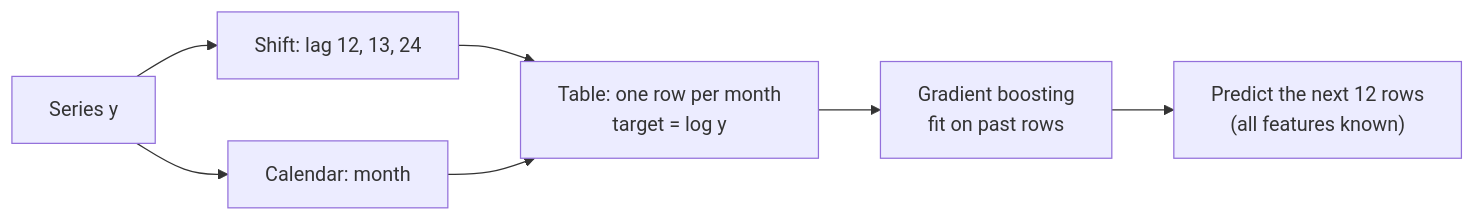
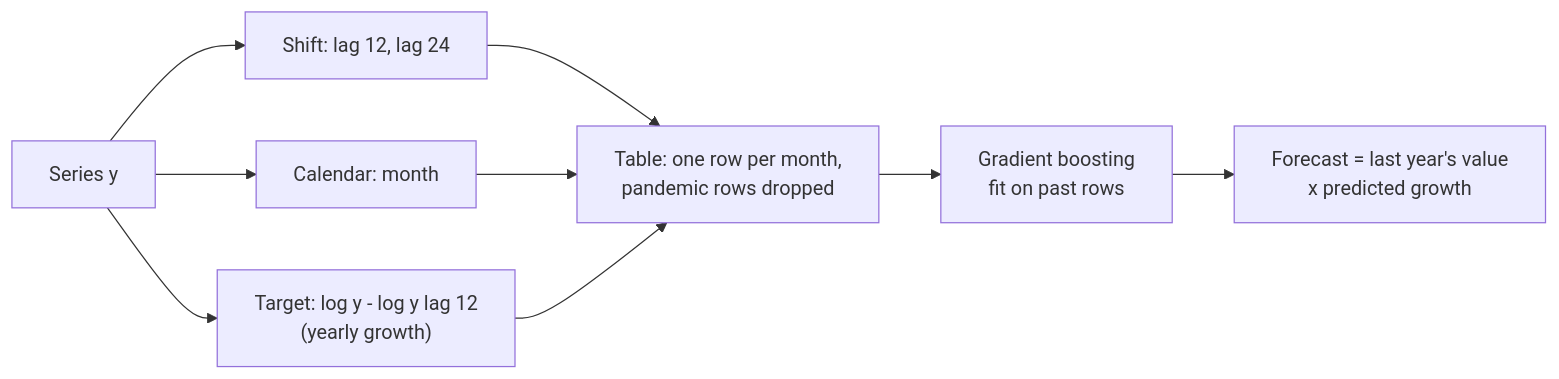
One commit to khoadaniel/statistical-programming-mpmd-htw-ws-2026 changed the first of 3 diagrams in sessions/12-time-series/theory/03-lag-features-and-backtesting.md. Above: the diagram before and after it, drawn with Mermaid. The commit also changed other lines of this file and 106 other files, not shown here.

````diff
--- a/sessions/12-time-series/theory/03-lag-features-and-backtesting.md
+++ b/sessions/12-time-series/theory/03-lag-features-and-backtesting.md
@@ -38,9 +44,11 @@
 ```mermaid
 flowchart LR
-    S["Series y"] --> L["Shift: lag 12, 13, 24"]
+    S["Series y"] --> L["Shift: lag 12, lag 24"]
     S --> C["Calendar: month"]
-    L --> T["Table: one row per month<br/>target = log y"]
+    S --> G["Target: log y - log y lag 12<br/>(yearly growth)"]
+    L --> T["Table: one row per month,<br/>pandemic rows dropped"]
     C --> T
+    G --> T
     T --> M["Gradient boosting<br/>fit on past rows"]
-    M --> F["Predict the next 12 rows<br/>(all features known)"]
+    M --> F["Forecast = last year's value<br/>x predicted growth"]
 ```
````
